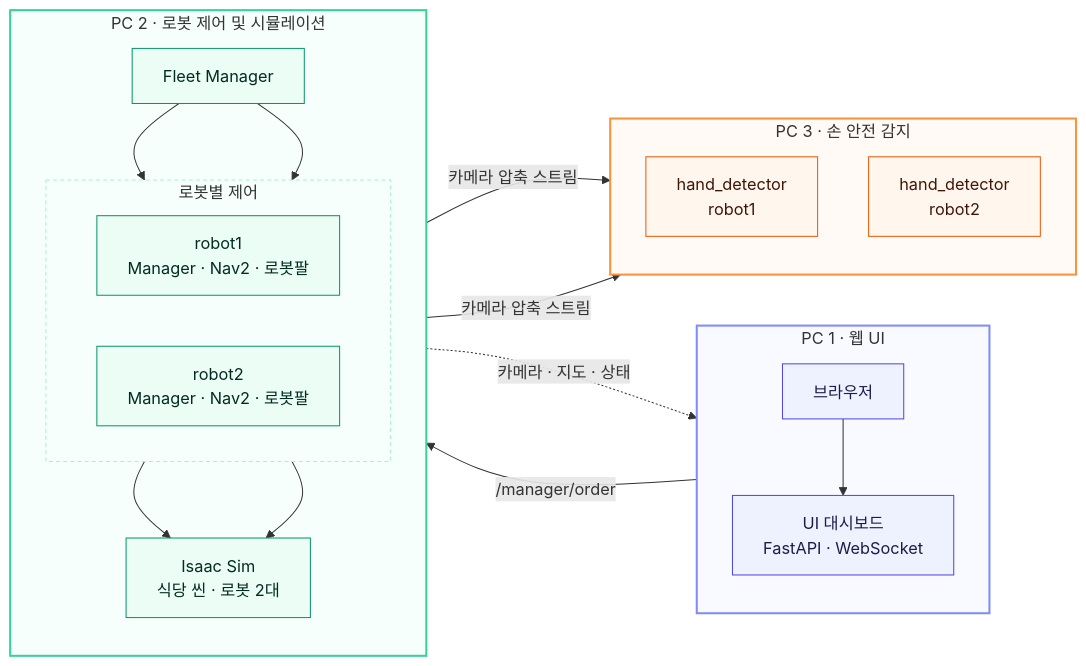
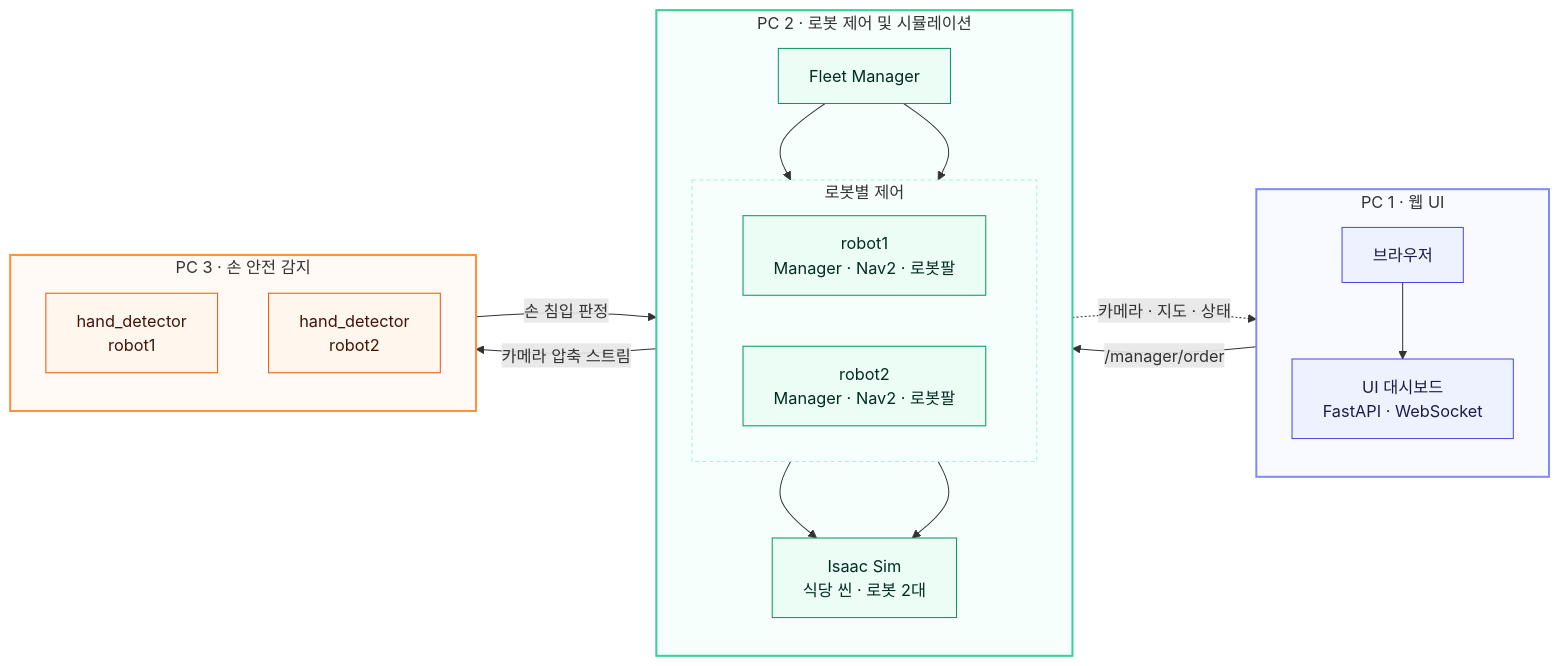
The first of 2 diagrams in README.md (2028jun/Rokey_Co3_A1), drawn with Mermaid before and after one commit.

````diff
--- a/README.md
+++ b/README.md
@@ -41,50 +41,50 @@
 ```mermaid
 flowchart LR
     subgraph WebPC["PC 1 · 웹 UI"]
         direction TB
         Browser["브라우저"]
         UI["UI 대시보드<br/>FastAPI · WebSocket"]
         Browser --> UI
     end
 
     subgraph MainPC["PC 2 · 로봇 제어 및 시뮬레이션"]
         direction TB
         Fleet["Fleet Manager"]
 
         subgraph RobotControl["로봇별 제어"]
             direction LR
             M1["robot1<br/>Manager · Nav2 · 로봇팔"]
             M2["robot2<br/>Manager · Nav2 · 로봇팔"]
         end
 
         Isaac["Isaac Sim<br/>식당 씬 · 로봇 2대"]
 
         Fleet --> M1
         Fleet --> M2
         M1 --> Isaac
         M2 --> Isaac
     end
 
     subgraph YoloPC["PC 3 · 손 안전 감지"]
         direction TB
         Y1["hand_detector<br/>robot1"]
         Y2["hand_detector<br/>robot2"]
     end
 
     UI -->|"/manager/order"| Fleet
     Isaac -->|"카메라 압축 스트림"| Y1
-    Isaac -->|"카메라 압축 스트림"| Y2
+    Y1 -->|"손 침입 판정"| M1
     Isaac -.->|"카메라 · 지도 · 상태"| UI
 
     classDef web fill:#eef2ff,stroke:#4f46e5,color:#1e1b4b;
     classDef main fill:#ecfdf5,stroke:#059669,color:#022c22;
     classDef yolo fill:#fff7ed,stroke:#ea580c,color:#431407;
     class Browser,UI web;
     class Fleet,M1,M2,Isaac main;
     class Y1,Y2 yolo;
 
     style WebPC fill:#f8faff,stroke:#818cf8,stroke-width:2px
     style MainPC fill:#f6fffb,stroke:#34d399,stroke-width:2px
     style RobotControl fill:none,stroke:#a7f3d0,stroke-dasharray:4 3
     style YoloPC fill:#fffaf5,stroke:#fb923c,stroke-width:2px
 ```
````
